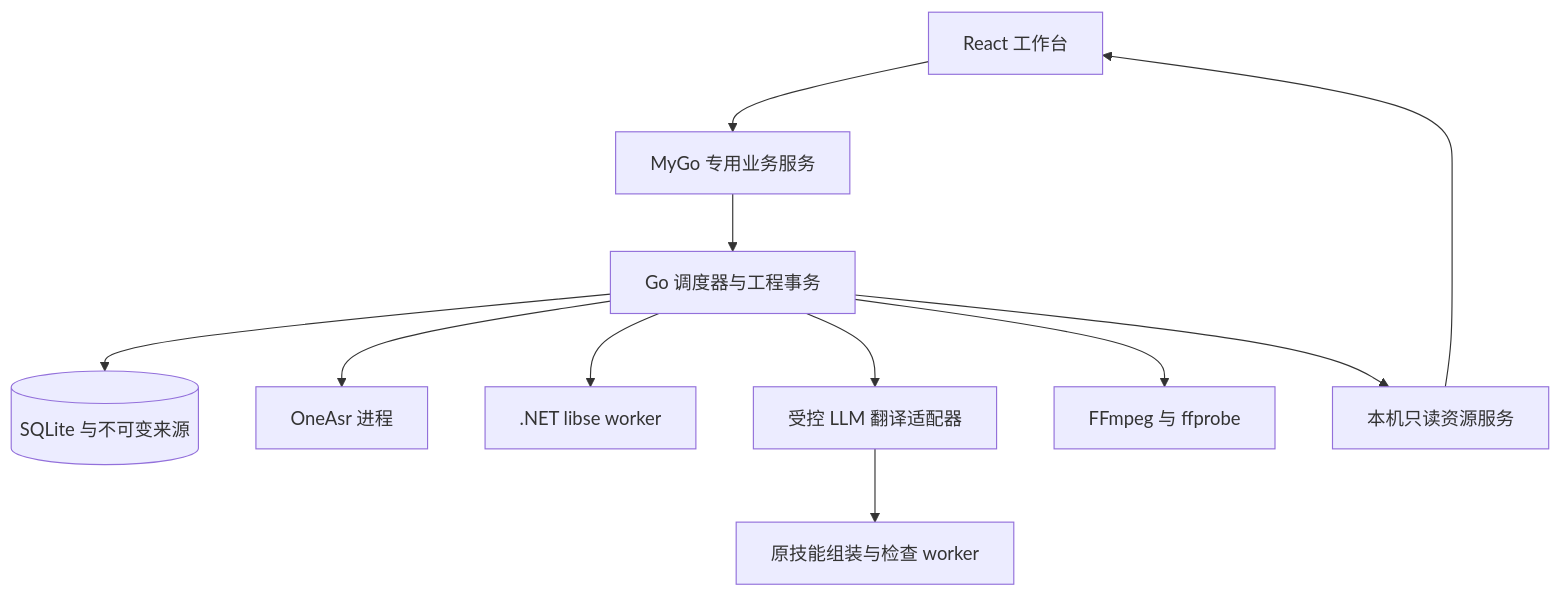
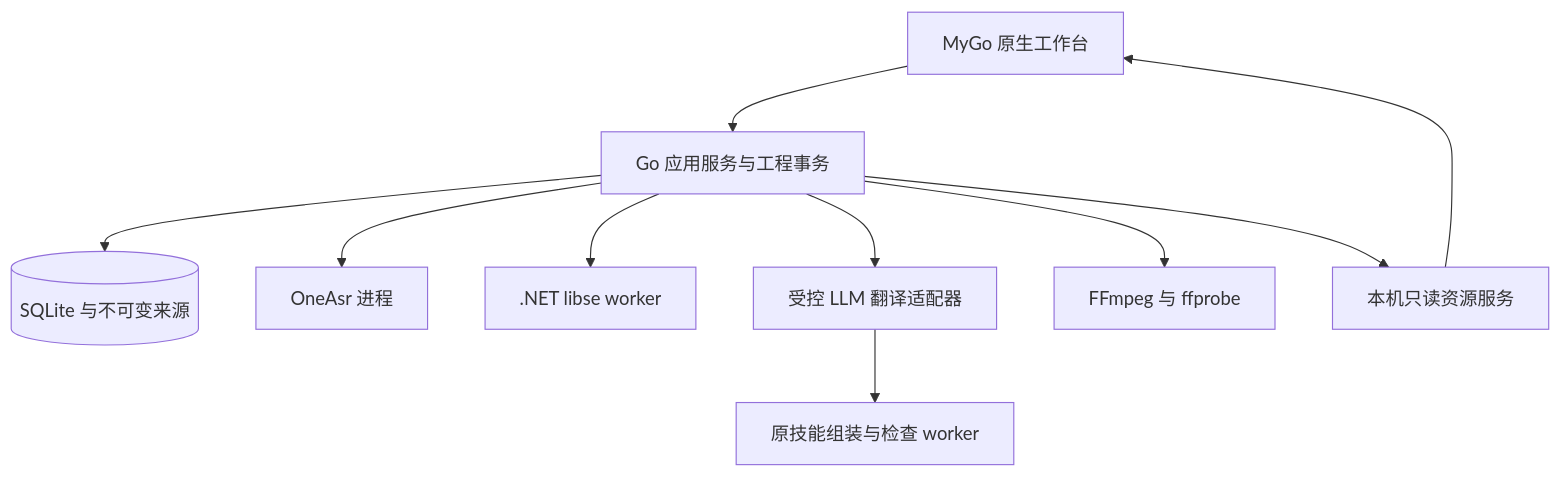
The diagram in docs/architecture.md (OUBIGFA/OneSub), drawn with Mermaid before and after one commit. The commit also changed other lines of this file and 196 other files, not shown here.

````diff
--- a/docs/architecture.md
+++ b/docs/architecture.md
@@ -23,13 +23,12 @@
 ```mermaid
 flowchart TB
-  UI[React 工作台] --> API[MyGo 专用业务服务]
-  API --> GO[Go 调度器与工程事务]
+  UI[MyGo 原生工作台] --> GO[Go 应用服务与工程事务]
   GO --> DB[(SQLite 与不可变来源)]
   GO --> ASR[OneAsr 进程]
   GO --> SUB[.NET libse worker]
   GO --> LLM[受控 LLM 翻译适配器]
   LLM --> CHECK[原技能组装与检查 worker]
   GO --> MEDIA[FFmpeg 与 ffprobe]
   GO --> HTTP[本机只读资源服务]
   HTTP --> UI
 ```
````
